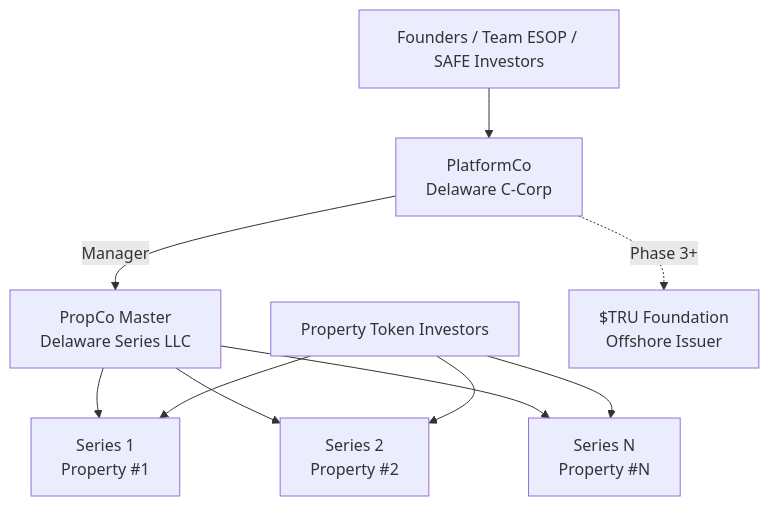
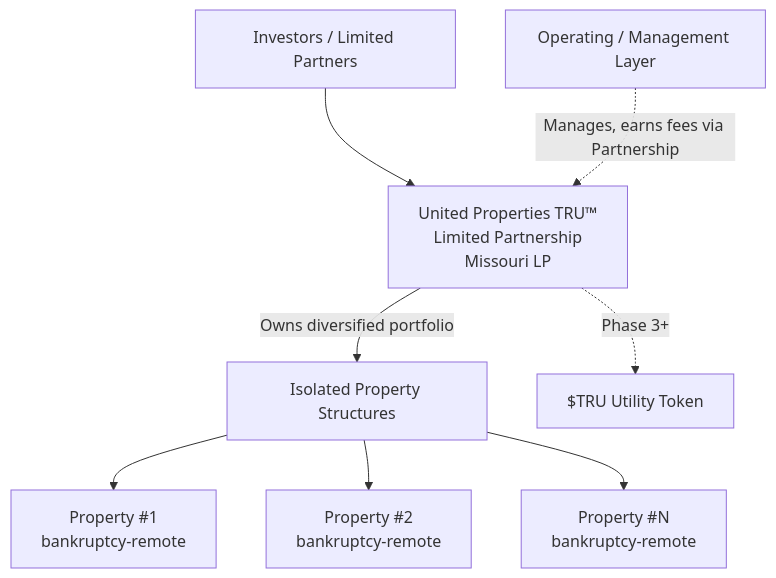
The diagram in docs/corporate-structure.md (Gur-noor/Property-United), drawn with Mermaid before and after one commit. The commit also changed other lines of this file and 17 other files, not shown here.

First line of the commit message:
Whitepaper: align entire doc to single model (whole-portfolio, Partnership, UPTRU)

````diff
--- a/docs/corporate-structure.md
+++ b/docs/corporate-structure.md
@@ -14,12 +14,10 @@
 ```mermaid
 graph TD
-    A[Founders / Team ESOP / SAFE Investors] --> B[PlatformCo<br/>Delaware C-Corp]
-    B -->|Manager| C[PropCo Master<br/>Delaware Series LLC]
-    C --> D[Series 1<br/>Property #1]
-    C --> E[Series 2<br/>Property #2]
-    C --> F[Series N<br/>Property #N]
-    G[Property Token Investors] --> D
-    G --> E
-    G --> F
-    B -.->|Phase 3+| H[$TRU Foundation<br/>Offshore Issuer]
+    A[Investors / Limited Partners] --> B[United Properties TRU™<br/>Limited Partnership<br/>Missouri LP]
+    B -->|Owns diversified portfolio| C[Isolated Property Structures]
+    C --> D[Property #1<br/>bankruptcy-remote]
+    C --> E[Property #2<br/>bankruptcy-remote]
+    C --> F[Property #N<br/>bankruptcy-remote]
+    G[Operating / Management Layer] -.->|Manages, earns fees via Partnership| B
+    B -.->|Phase 3+| H[$TRU Utility Token]
 ```
````
